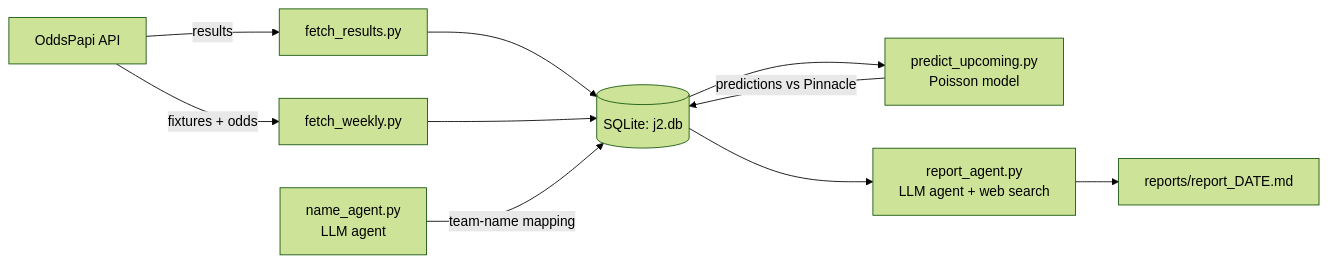
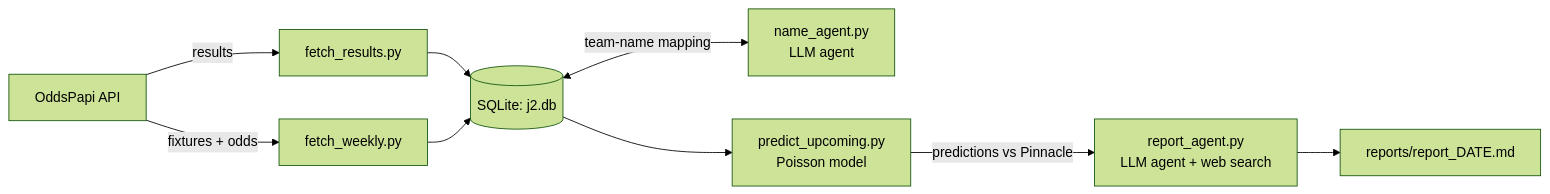
Before and after one commit to CasperLaugesen/j2-forecast-public: the diagram in README.md, drawn with Mermaid (forest theme). The commit also changed other lines of this file and 10 other files, not shown here.

````diff
--- a/README.md
+++ b/README.md
@@ -232,12 +122,11 @@
 ```mermaid
 flowchart LR
-    A[OddsPapi API] -->|results| B[fetch_results.py]
-    A -->|fixtures + odds| C[fetch_weekly.py]
-    B --> D[(SQLite: j2.db)]
-    C --> D
-    E[name_agent.py<br/>LLM agent] -->|team-name mapping| D
-    D --> F[predict_upcoming.py<br/>Poisson model]
-    F -->|predictions vs Pinnacle| D
-    D --> G[report_agent.py<br/>LLM agent + web search]
-    G --> H[reports/report_DATE.md]
+    API[OddsPapi API] -->|results| FR[fetch_results.py]
+    API -->|fixtures + odds| FW[fetch_weekly.py]
+    FR --> DB[(SQLite: j2.db)]
+    FW --> DB
+    DB <-->|team-name mapping| NA[name_agent.py<br/>LLM agent]
+    DB --> PU[predict_upcoming.py<br/>Poisson model]
+    PU -->|predictions vs Pinnacle| RA[report_agent.py<br/>LLM agent + web search]
+    RA --> R[reports/report_DATE.md]
 ```
````
